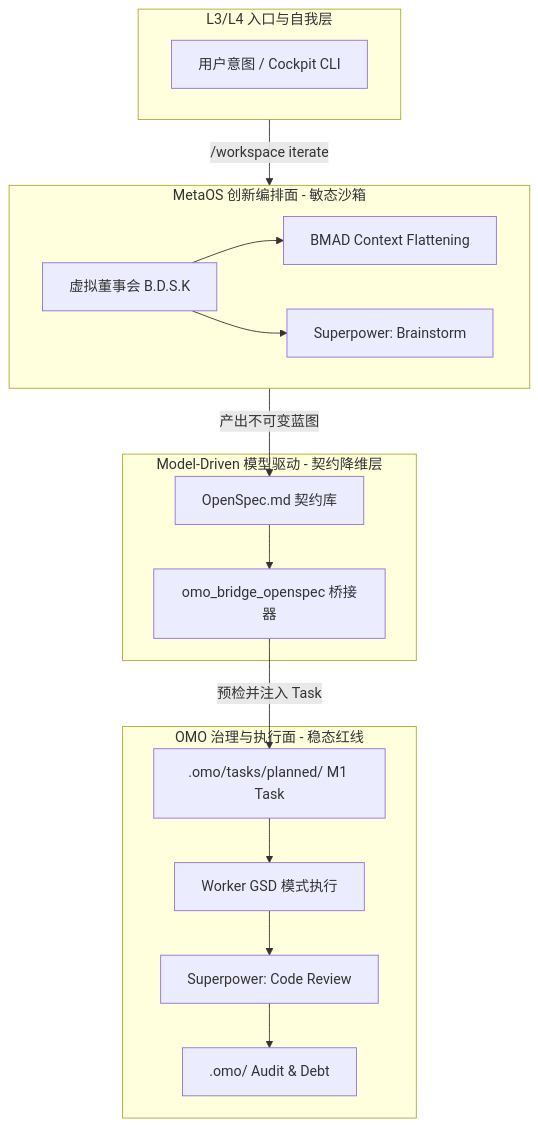
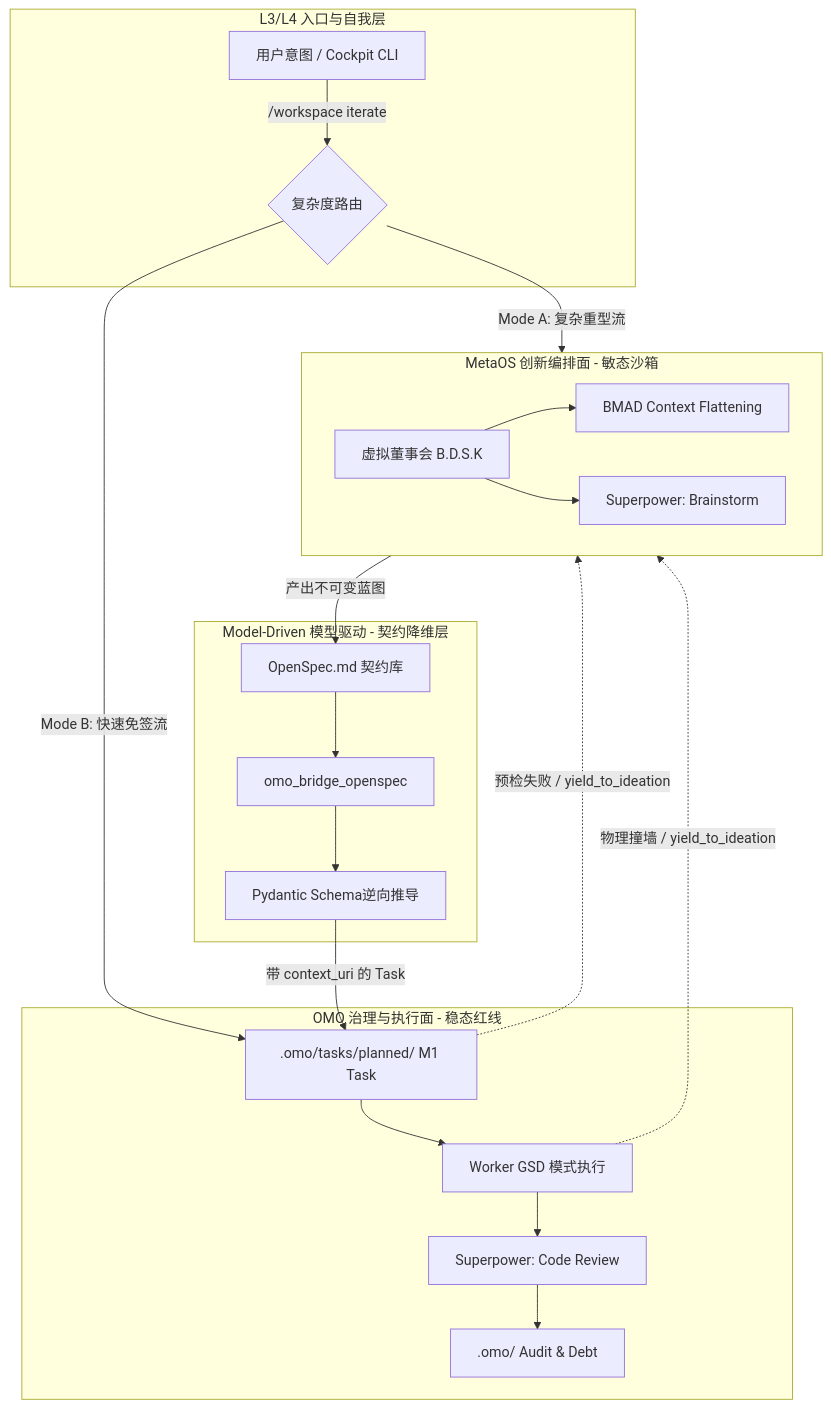
The diagram in .omo/_knowledge/design/plans/C2G-Pipeline-Design.md (starlink-awaken/omostation), drawn with Mermaid before and after one commit. The commit also changed other lines of this file and 2 other files, not shown here.

First line of the commit message:
feat(c2g): upgrade C2G workflow to v2 cybernetic architecture

````diff
--- a/.omo/_knowledge/design/plans/C2G-Pipeline-Design.md
+++ b/.omo/_knowledge/design/plans/C2G-Pipeline-Design.md
@@ -12,37 +13,46 @@
 ```mermaid
 flowchart TD
     subgraph L3_L4 [L3/L4 入口与自我层]
         User[用户意图 / Cockpit CLI]
+        Router{复杂度路由}
     end
 
     subgraph MetaOS [MetaOS 创新编排面 - 敏态沙箱]
         BDSK[虚拟董事会 B.D.S.K]
         BMAD[BMAD Context Flattening]
         SP_Brainstorm[Superpower: Brainstorm]
         
         BDSK --> BMAD
         BDSK --> SP_Brainstorm
     end
 
     subgraph Model_Driven [Model-Driven 模型驱动 - 契约降维层]
         OpenSpec[OpenSpec.md 契约库]
-        Bridge[omo_bridge_openspec 桥接器]
+        Bridge[omo_bridge_openspec]
+        SchemaEngine[Pydantic Schema逆向推导]
         
         OpenSpec --> Bridge
+        Bridge --> SchemaEngine
     end
 
     subgraph OMO_Layer [OMO 治理与执行面 - 稳态红线]
         Task_Planned[.omo/tasks/planned/ M1 Task]
         GSD_Worker[Worker GSD 模式执行]
         SP_Review[Superpower: Code Review]
         Audit[.omo/ Audit & Debt]
         
         Task_Planned --> GSD_Worker
         GSD_Worker --> SP_Review
         SP_Review --> Audit
     end
 
-    L3_L4 --> | /workspace iterate | MetaOS
+    User --> | /workspace iterate | Router
+    Router --> | Mode A: 复杂重型流 | MetaOS
+    Router --> | Mode B: 快速免签流 | Task_Planned
+    
     MetaOS --> | 产出不可变蓝图 | OpenSpec
-    Bridge --> | 预检并注入 Task | Task_Planned
+    SchemaEngine --> | 带 context_uri 的 Task | Task_Planned
+    
+    Task_Planned -.-> | 预检失败 / yield_to_ideation | MetaOS
+    GSD_Worker -.-> | 物理撞墙 / yield_to_ideation | MetaOS
 ```
````
